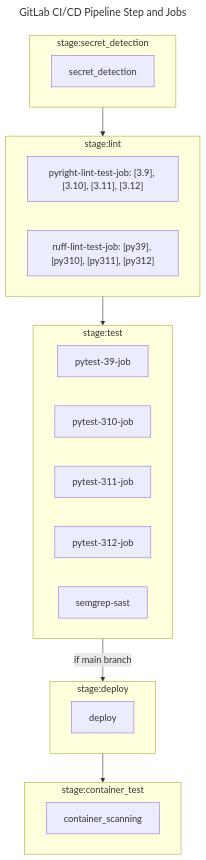
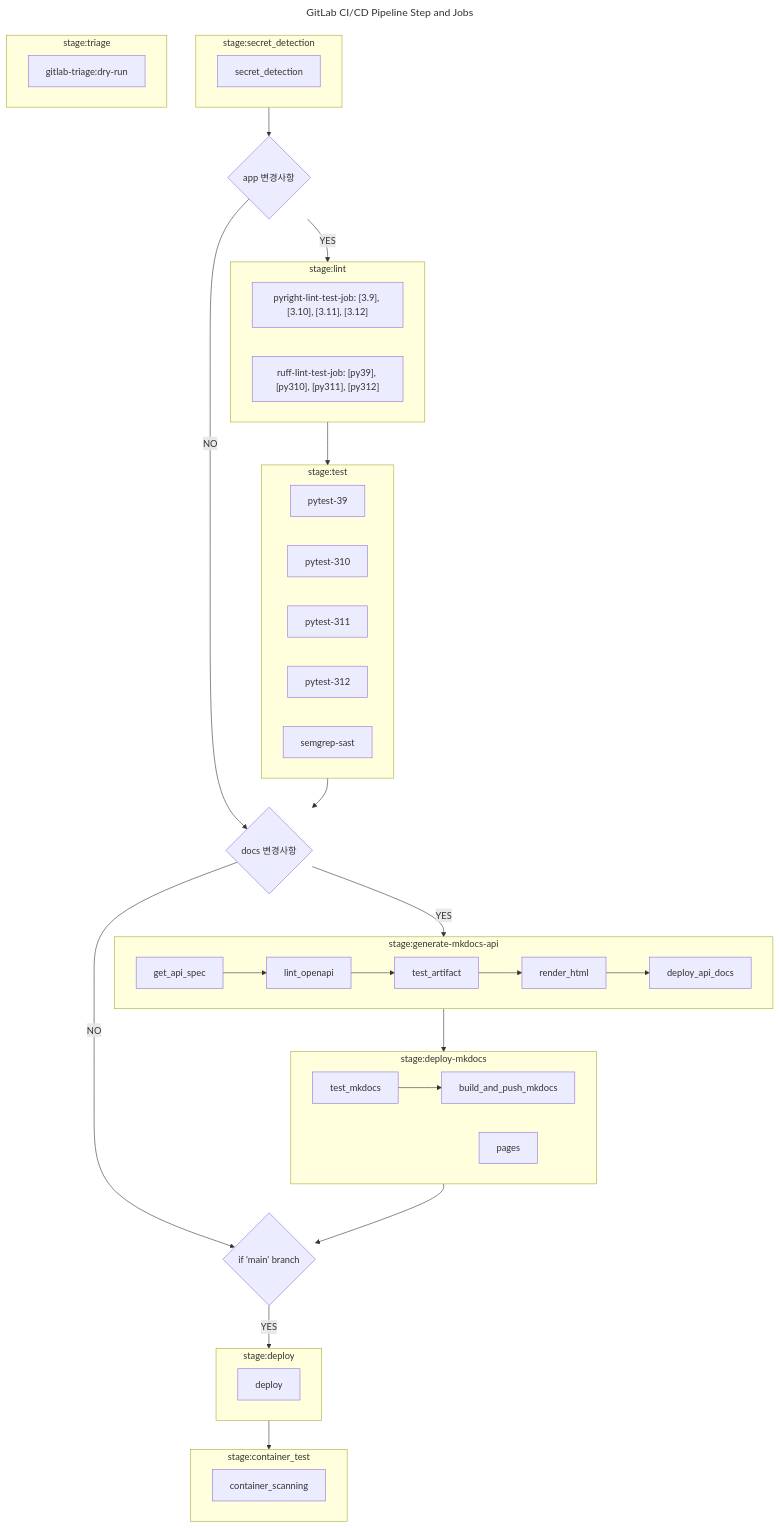
Before and after one commit to ThirdActiveDataExTech/RelationalSchemaMatching: the diagram in docs/docs/guide/ci-cd.md, drawn with Mermaid. The commit also changed other lines of this file and 19 other files, not shown here.

Commit message:
FEAT: mkdocs 문서 수정 및 test, lint stage rules 설정

````diff
--- a/docs/docs/guide/ci-cd.md
+++ b/docs/docs/guide/ci-cd.md
@@ -3,35 +3,58 @@
 ```mermaid
 ---
 title: GitLab CI/CD Pipeline Step and Jobs
 ---
 flowchart TD
     subgraph stage:secret_detection
-    secret_detection
-    end
-    
+	secret_detection
+	end
+	
     subgraph stage:lint
     pyright-lint["pyright-lint-test-job: [3.9], [3.10], [3.11], [3.12]"]
     ruff-lint["ruff-lint-test-job: [py39], [py310], [py311], [py312]"]
     end
-   
+	  
     subgraph stage:test
-    pytest-39-job
-    pytest-310-job
-    pytest-311-job
-    pytest-312-job
+    pytest-39
+    pytest-310
+    pytest-311
+    pytest-312
     semgrep-sast
     end
     
     subgraph stage:container_test
     container_scanning
     end
     
     subgraph stage:deploy
     deploy
     end
     
-    stage:secret_detection--> stage:lint
-    stage:lint--> stage:test
-    stage:test -- "if main branch" --> stage:deploy
+    subgraph stage:triage
+    gitlab-triage:dry-run
+    end
+    
+    subgraph stage:generate-mkdocs-api
+    direction LR
+    get_api_spec --> lint_openapi --> test_artifact --> render_html --> deploy_api_docs
+    end
+    
+    subgraph stage:deploy-mkdocs
+    test_mkdocs --> build_and_push_mkdocs
+    pages
+    end
+    
+    app-change-decision@{ shape: diamond, label: "app 변경사항" }
+    docs-change-decision@{ shape: diamond, label: "docs 변경사항" }
+    main-branch-decision@{ shape: diamond, label: "if 'main' branch" }
+    
+    stage:secret_detection --> app-change-decision
+    app-change-decision -- "YES" --> stage:lint
+    stage:lint --> stage:test
+    app-change-decision -- "NO" --> docs-change-decision
+    stage:test --> docs-change-decision
+    docs-change-decision -- "YES" --> stage:generate-mkdocs-api --> stage:deploy-mkdocs --> main-branch-decision
+    docs-change-decision -- "NO" -->  main-branch-decision
+    main-branch-decision -- "YES" --> stage:deploy
     stage:deploy --> stage:container_test
 ```
````
